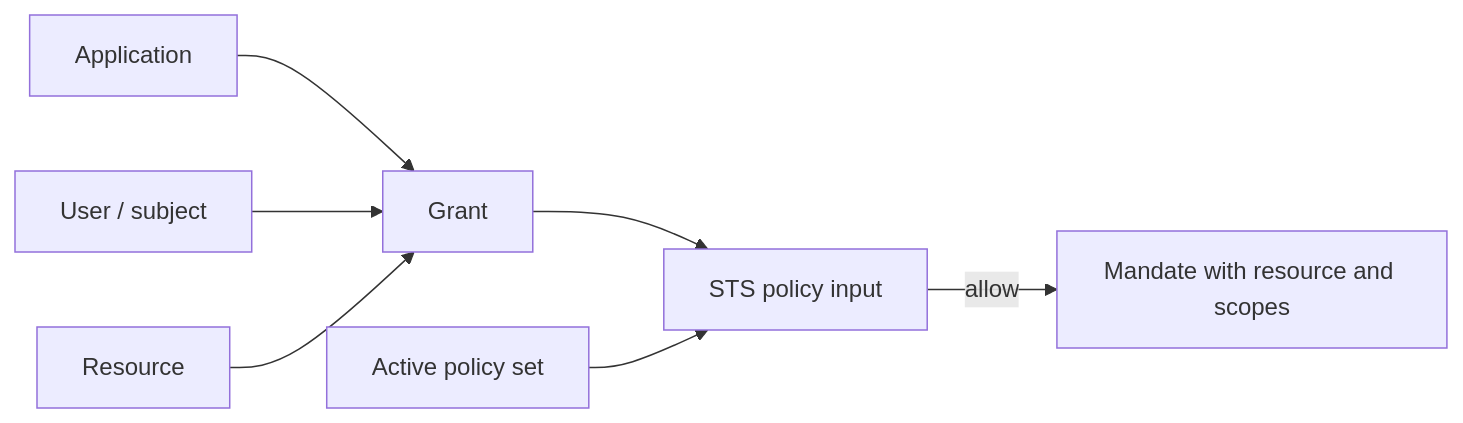
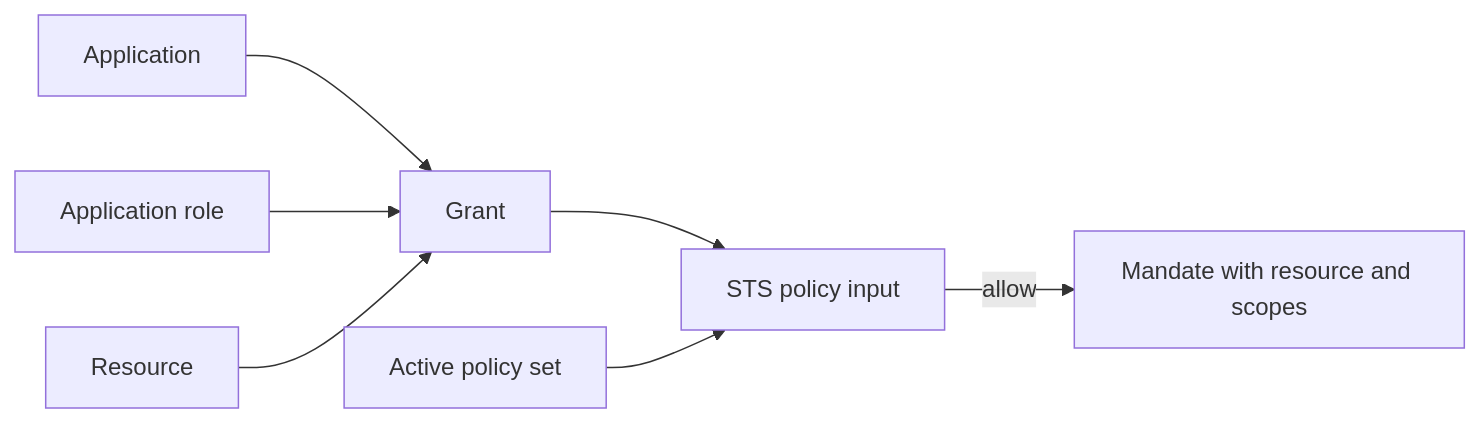
The diagram in docs/src/content/docs/concepts/resource-grant.mdx (Garudex-Labs/caracal), drawn with Mermaid before and after one commit. The commit also changed other lines of this file and 8 other files, not shown here.

````diff
--- a/docs/src/content/docs/concepts/resource-grant.mdx
+++ b/docs/src/content/docs/concepts/resource-grant.mdx
@@ -47,9 +41,9 @@
 ```mermaid
 flowchart LR
   App["Application"] --> Grant["Grant"]
-  User["User / subject"] --> Grant
+  Role["Application role"] --> Grant
   Resource["Resource"] --> Grant
   Grant --> STS["STS policy input"]
   Policy["Active policy set"] --> STS
   STS -->|"allow"| Mandate["Mandate with resource and scopes"]
 ```
````
